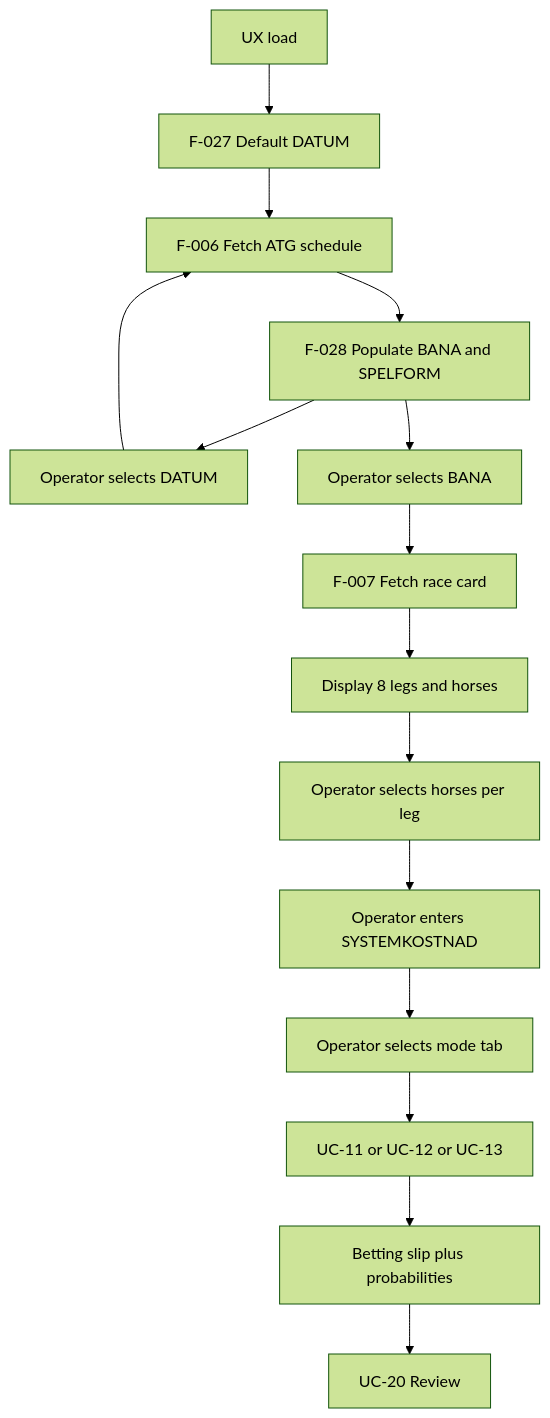
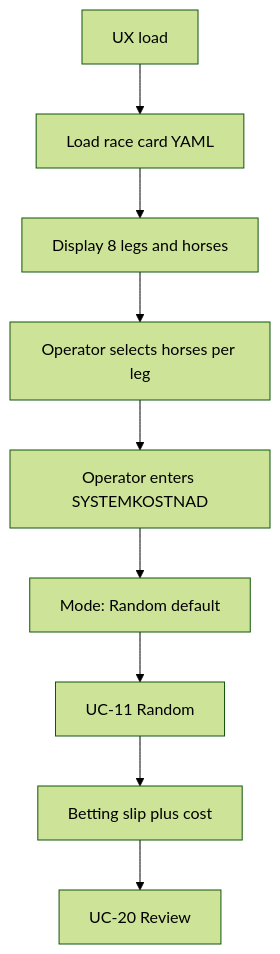
Before and after one commit to jonasornstein/VAI: the diagram in docs/requirements/ux-workflow.md, drawn with Mermaid (forest theme). The commit also changed other lines of this file and 16 other files, not shown here.

````diff
--- a/docs/requirements/ux-workflow.md
+++ b/docs/requirements/ux-workflow.md
@@ -17,17 +18,11 @@
 ```mermaid
 flowchart TD
-  load[UX load] --> defaultDate[F-027 Default DATUM]
-  defaultDate --> fetchSched[F-006 Fetch ATG schedule]
-  fetchSched --> dropdowns[F-028 Populate BANA and SPELFORM]
-  dropdowns --> pickDate[Operator selects DATUM]
-  pickDate --> fetchSched
-  dropdowns --> pickTrack[Operator selects BANA]
-  pickTrack --> fetchCard[F-007 Fetch race card]
-  fetchCard --> showLegs[Display 8 legs and horses]
+  load[UX load] --> card[Load race card YAML]
+  card --> showLegs[Display 8 legs and horses]
   showLegs --> pickHorses[Operator selects horses per leg]
   pickHorses --> stake[Operator enters SYSTEMKOSTNAD]
-  stake --> mode[Operator selects mode tab]
-  mode --> runModel[UC-11 or UC-12 or UC-13]
-  runModel --> slip[Betting slip plus probabilities]
+  stake --> mode[Mode: Random default]
+  mode --> runModel[UC-11 Random]
+  runModel --> slip[Betting slip plus cost]
   slip --> review[UC-20 Review]
 ```
````
